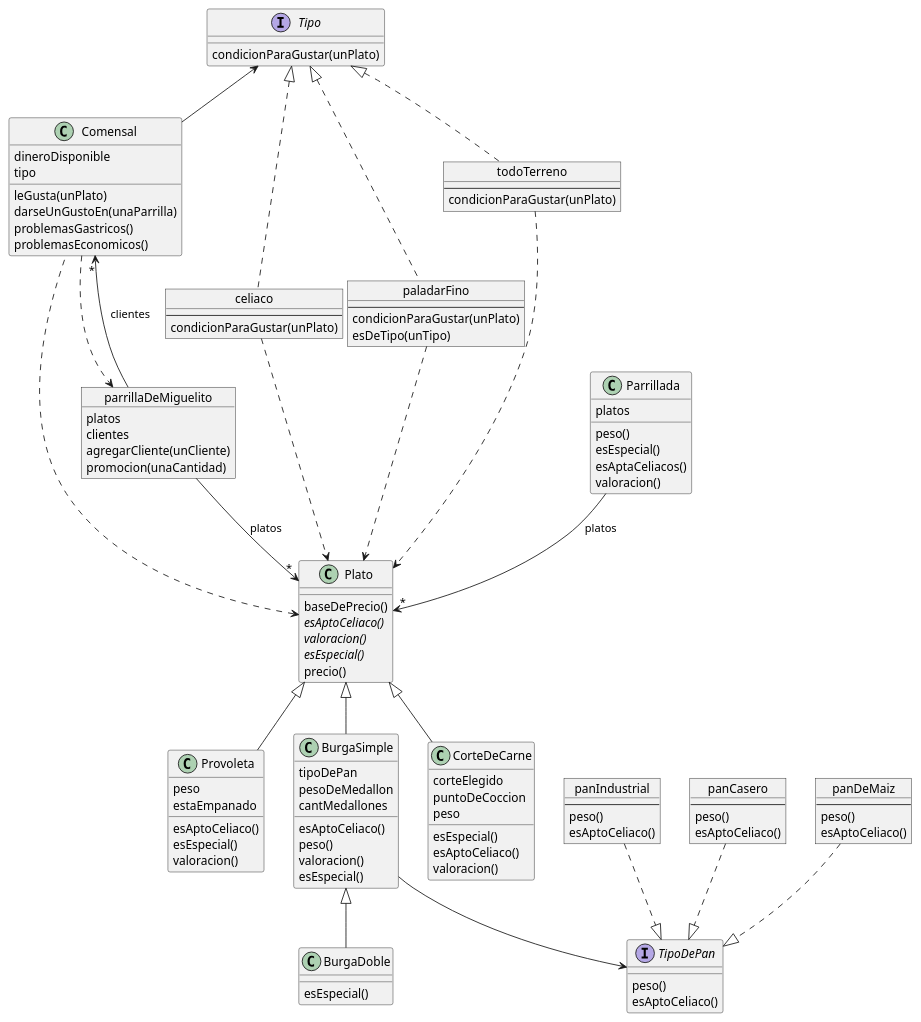
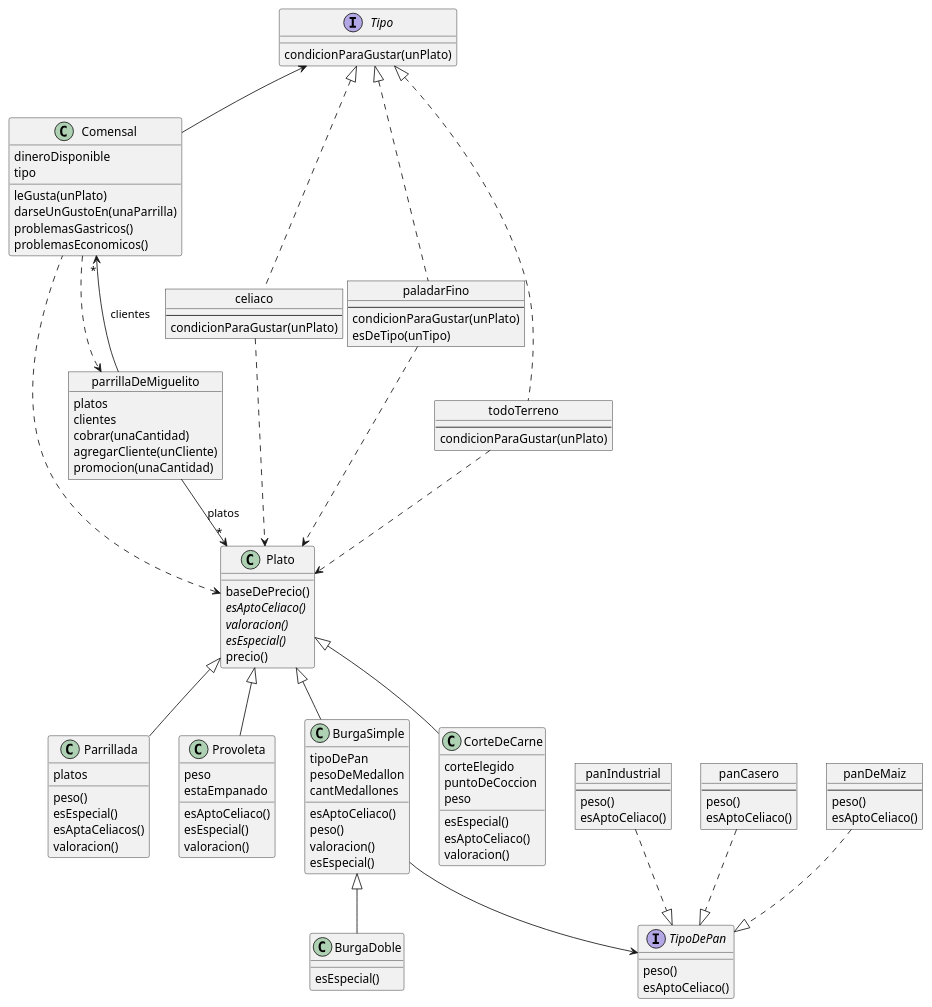
The diagram in parciales-objetos/LaParrilla/ResolucionPropia/LaParrilla.wsd (JuanmaIglesias10/RepoComunitarioPdeP), drawn with PlantUML before and after one commit. The commit also changed 6 other files, not shown here.

```diff
--- a/parciales-objetos/LaParrilla/ResolucionPropia/LaParrilla.wsd
+++ b/parciales-objetos/LaParrilla/ResolucionPropia/LaParrilla.wsd
@@ -1,126 +1,126 @@
 @startuml
 
 class Comensal {
 	dineroDisponible
 	tipo 
     leGusta(unPlato)  
 	darseUnGustoEn(unaParrilla) 	
 	problemasGastricos()
 	problemasEconomicos()
 }
 
 interface Tipo{
     condicionParaGustar(unPlato)
 }
 
 object celiaco{
 ---
 	condicionParaGustar(unPlato) 
 }
 
 object paladarFino {
 ---
 	condicionParaGustar(unPlato)  
     esDeTipo(unTipo) 
 }
 
 object todoTerreno {
 ---
 	condicionParaGustar(unPlato)
 }
 
-class Parrillada {
+class Parrillada extends Plato {
 	platos 
 	peso()  
 	esEspecial()
 	esAptaCeliacos()
     valoracion() 
 }
 
 object parrillaDeMiguelito {
 	platos 
-	clientes 
+	clientes
+    cobrar(unaCantidad) 
 	agregarCliente(unCliente)
 	promocion(unaCantidad) 
 }
 
 class Plato {
 	
     baseDePrecio() 	
     {abstract} esAptoCeliaco()
     {abstract} valoracion()
     {abstract} esEspecial()
     precio() 
 }
 
 class Provoleta extends Plato {
 	peso
 	estaEmpanado
 	esAptoCeliaco()
     esEspecial() 
 	valoracion()
 }
 
 class BurgaSimple extends Plato {
 	tipoDePan
 	pesoDeMedallon
 	cantMedallones 
 	esAptoCeliaco()
 	peso()
 	valoracion()	
 	esEspecial()
 }
 
 interface TipoDePan {
     peso() 
 	esAptoCeliaco()
 }
 
 class BurgaDoble extends BurgaSimple{
 	esEspecial()
 }
 
 class CorteDeCarne extends Plato {
 	corteElegido
 	puntoDeCoccion
 	peso
 	esEspecial()
     esAptoCeliaco()
 	valoracion()
 }
 object panIndustrial {
 ---
     peso() 
 	esAptoCeliaco()
 }
 
 object panCasero {
 ---
 	peso()
 	esAptoCeliaco()
 }
 
 object panDeMaiz {
 ---
     peso()
 	esAptoCeliaco()
 }
 
 Comensal .left.> Plato
 Comensal ..> parrillaDeMiguelito
 Comensal -up-> Tipo
 celiaco .up.|> Tipo
 paladarFino .up.|> Tipo
 todoTerreno .up.|> Tipo 
 celiaco ..> Plato
 paladarFino ..> Plato
 todoTerreno ..> Plato
-Parrillada --> "*" Plato : platos
 parrillaDeMiguelito --> "*" Plato : platos
 parrillaDeMiguelito --> "*" Comensal : clientes
 BurgaSimple --> TipoDePan
 panCasero ..|> TipoDePan
 panDeMaiz ..|> TipoDePan 
 panIndustrial ..|> TipoDePan
 
 @enduml
```
